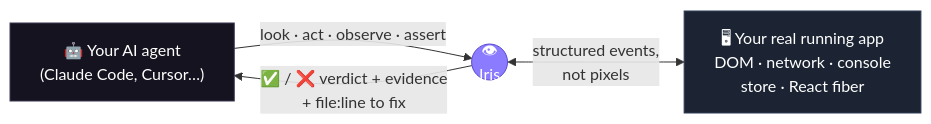
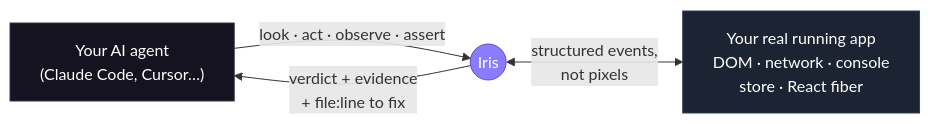
The diagram in README.md (reticlehq/reticle), drawn with Mermaid before and after one commit. The commit also changed other lines of this file and 100 other files, not shown here.

````diff
--- a/README.md
+++ b/README.md
@@ -72,9 +76,9 @@
 ```mermaid
 flowchart LR
-    A["🤖 Your AI agent<br/>(Claude Code, Cursor…)"] -->|"look · act · observe · assert"| B(("👁<br/>Iris"))
-    B <-->|"structured events,<br/>not pixels"| C["🖥 Your real running app<br/>DOM · network · console<br/>store · React fiber"]
-    B -->|"✅ / ❌ verdict + evidence<br/>+ file:line to fix"| A
+    A["Your AI agent<br/>(Claude Code, Cursor…)"] -->|"look · act · observe · assert"| B(("Iris"))
+    B <-->|"structured events,<br/>not pixels"| C["Your real running app<br/>DOM · network · console<br/>store · React fiber"]
+    B -->|"verdict + evidence<br/>+ file:line to fix"| A
     style B fill:#8b7bff,stroke:#5b4bd0,color:#fff
     style A fill:#15131f,stroke:#3a3550,color:#fff
     style C fill:#1c2433,stroke:#2f3d57,color:#fff
 ```
````
